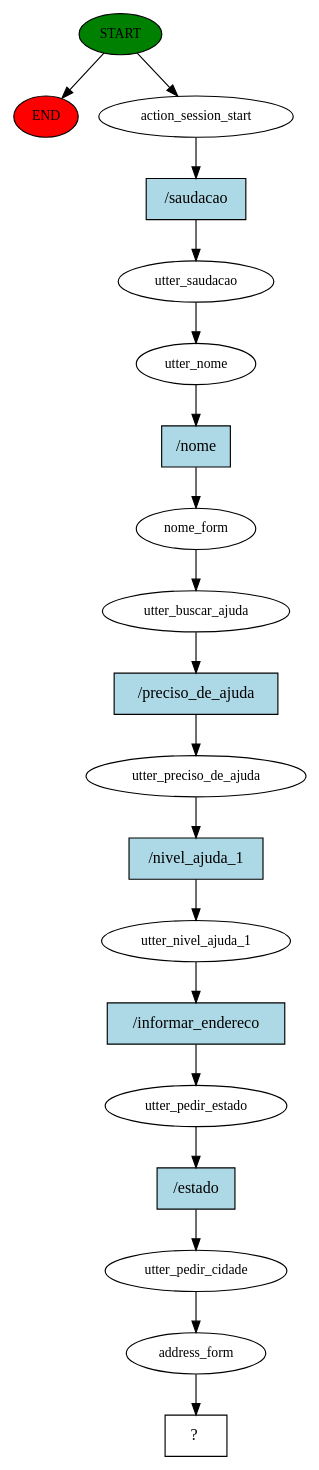
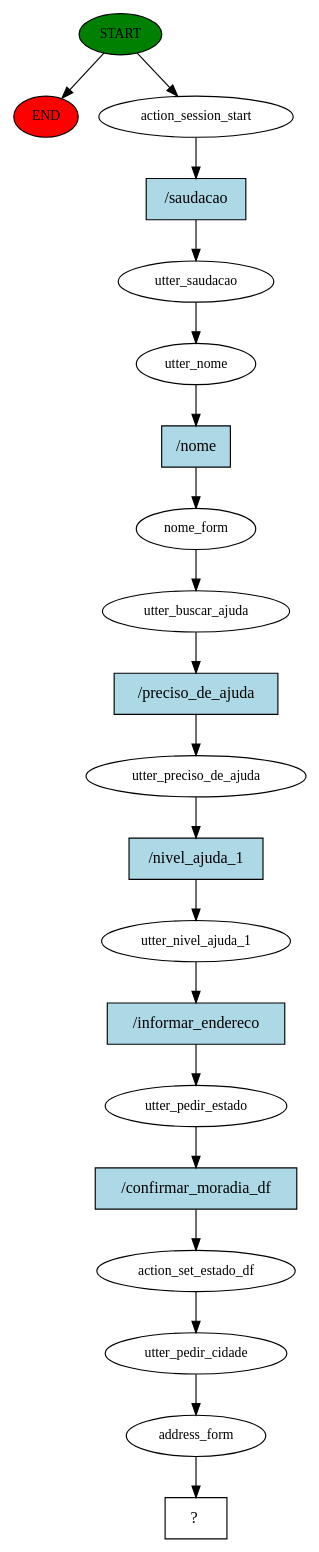
The diagram in story_graph.dot (infocbra/123_ajuda), drawn with Graphviz before and after one commit. The commit also changed 221 other files, not shown here.

```diff
--- a/story_graph.dot
+++ b/story_graph.dot
@@ -1,39 +1,41 @@
 digraph  {
 0 [class="start active", fillcolor=green, fontsize=12, label=START, style=filled];
 "-1" [class=end, fillcolor=red, fontsize=12, label=END, style=filled];
 1 [class=active, fontsize=12, label=action_session_start];
 2 [class=active, fontsize=12, label=utter_saudacao];
 3 [class=active, fontsize=12, label=utter_nome];
 4 [class=active, fontsize=12, label=nome_form];
 5 [class=active, fontsize=12, label=utter_buscar_ajuda];
 6 [class=active, fontsize=12, label=utter_preciso_de_ajuda];
 7 [class=active, fontsize=12, label=utter_nivel_ajuda_1];
 8 [class=active, fontsize=12, label=utter_pedir_estado];
-9 [class=active, fontsize=12, label=utter_pedir_cidade];
-10 [class=active, fontsize=12, label=address_form];
-11 [class="intent dashed active", label="  ?  ", shape=rect];
-12 [class="intent active", fillcolor=lightblue, label="/saudacao", shape=rect, style=filled];
-13 [class="intent active", fillcolor=lightblue, label="/nome", shape=rect, style=filled];
-14 [class="intent active", fillcolor=lightblue, label="/preciso_de_ajuda", shape=rect, style=filled];
-15 [class="intent active", fillcolor=lightblue, label="/nivel_ajuda_1", shape=rect, style=filled];
-16 [class="intent active", fillcolor=lightblue, label="/informar_endereco", shape=rect, style=filled];
-17 [class="intent active", fillcolor=lightblue, label="/estado", shape=rect, style=filled];
+9 [class=active, fontsize=12, label=action_set_estado_df];
+10 [class=active, fontsize=12, label=utter_pedir_cidade];
+11 [class=active, fontsize=12, label=address_form];
+12 [class="intent dashed active", label="  ?  ", shape=rect];
+13 [class="intent active", fillcolor=lightblue, label="/saudacao", shape=rect, style=filled];
+14 [class="intent active", fillcolor=lightblue, label="/nome", shape=rect, style=filled];
+15 [class="intent active", fillcolor=lightblue, label="/preciso_de_ajuda", shape=rect, style=filled];
+16 [class="intent active", fillcolor=lightblue, label="/nivel_ajuda_1", shape=rect, style=filled];
+17 [class="intent active", fillcolor=lightblue, label="/informar_endereco", shape=rect, style=filled];
+18 [class="intent active", fillcolor=lightblue, label="/confirmar_moradia_df", shape=rect, style=filled];
 0 -> "-1"  [class="", key=NONE, label=""];
 0 -> 1  [class=active, key=NONE, label=""];
-1 -> 12  [class=active, key=0];
+1 -> 13  [class=active, key=0];
 2 -> 3  [class=active, key=NONE, label=""];
-3 -> 13  [class=active, key=0];
+3 -> 14  [class=active, key=0];
 4 -> 5  [class=active, key=NONE, label=""];
-5 -> 14  [class=active, key=0];
-6 -> 15  [class=active, key=0];
-7 -> 16  [class=active, key=0];
-8 -> 17  [class=active, key=0];
+5 -> 15  [class=active, key=0];
+6 -> 16  [class=active, key=0];
+7 -> 17  [class=active, key=0];
+8 -> 18  [class=active, key=0];
 9 -> 10  [class=active, key=NONE, label=""];
 10 -> 11  [class=active, key=NONE, label=""];
-12 -> 2  [class=active, key=0];
-13 -> 4  [class=active, key=0];
-14 -> 6  [class=active, key=0];
-15 -> 7  [class=active, key=0];
-16 -> 8  [class=active, key=0];
-17 -> 9  [class=active, key=0];
+11 -> 12  [class=active, key=NONE, label=""];
+13 -> 2  [class=active, key=0];
+14 -> 4  [class=active, key=0];
+15 -> 6  [class=active, key=0];
+16 -> 7  [class=active, key=0];
+17 -> 8  [class=active, key=0];
+18 -> 9  [class=active, key=0];
 }
```
